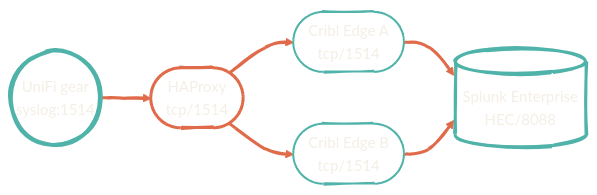
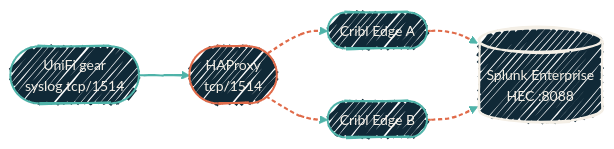
The first of 2 diagrams in architecture/data-pipelines.mdx (dryvist/docs), drawn with Mermaid before and after one commit. The commit also changed other lines of this file and 45 other files, not shown here.

````diff
--- a/architecture/data-pipelines.mdx
+++ b/architecture/data-pipelines.mdx
@@ -14,17 +17,24 @@
 ```mermaid
-%%{init: {'theme':'base','look':'handDrawn','themeVariables':{'primaryColor':'#4FB3A9','primaryTextColor':'#F4EFE6','primaryBorderColor':'#2F7E78','lineColor':'#E06B4A','secondaryColor':'#102937','tertiaryColor':'#0B1D2A','clusterBkg':'transparent','clusterBorder':'#4FB3A9','fontFamily':'Geist','fontSize':'15px'}}}%%
+%%{init: {'theme':'base','look':'handDrawn','themeVariables':{'fontFamily':'Geist','fontSize':'14px','primaryColor':'#102937','primaryTextColor':'#F4EFE6','primaryBorderColor':'#4FB3A9','lineColor':'#4FB3A9','secondaryColor':'#0B1D2A','tertiaryColor':'#1A2A38','clusterBkg':'rgba(79,179,169,0.08)','clusterBorder':'#4FB3A9'}}}%%
 flowchart LR
-  UniFi(("UniFi gear<br/>syslog:1514")) --> HAProxy(["HAProxy<br/>tcp/1514"])
-  HAProxy --> Edge1(["Cribl Edge A<br/>tcp/1514"])
-  HAProxy --> Edge2(["Cribl Edge B<br/>tcp/1514"])
-  Edge1 --> Splunk[("Splunk Enterprise<br/>HEC/8088")]
-  Edge2 --> Splunk
+  Net([UniFi gear<br/>syslog tcp/1514])
+  HA([HAProxy<br/>tcp/1514])
+  EA([Cribl Edge A])
+  EB([Cribl Edge B])
+  SP[(Splunk Enterprise<br/>HEC :8088)]
 
-  style UniFi fill:transparent,stroke:#4FB3A9,stroke-width:4px,color:#F4EFE6
-  style HAProxy fill:transparent,stroke:#E06B4A,stroke-width:3px,color:#F4EFE6
-  style Edge1 fill:transparent,stroke:#4FB3A9,stroke-width:2px,color:#F4EFE6
-  style Edge2 fill:transparent,stroke:#4FB3A9,stroke-width:2px,color:#F4EFE6
-  style Splunk fill:transparent,stroke:#4FB3A9,stroke-width:3px,color:#F4EFE6
+  Net --> HA
+  HA --> EA --> SP
+  HA --> EB --> SP
 
-  linkStyle default stroke:#E06B4A,stroke-width:3px
+  classDef edge fill:#102937,stroke:#4FB3A9,stroke-width:2px,color:#F4EFE6;
+  classDef proxy fill:#102937,stroke:#E06B4A,stroke-width:2px,color:#F4EFE6;
+  classDef store fill:#102937,stroke:#F4EFE6,stroke-width:2px,color:#F4EFE6;
+
+  class Net,EA,EB edge
+  class HA proxy
+  class SP store
+
+  linkStyle 0 stroke:#4FB3A9,stroke-width:2px;
+  linkStyle 1,2,3,4 stroke:#E06B4A,stroke-width:2px,stroke-dasharray:4 3;
 ```
````
